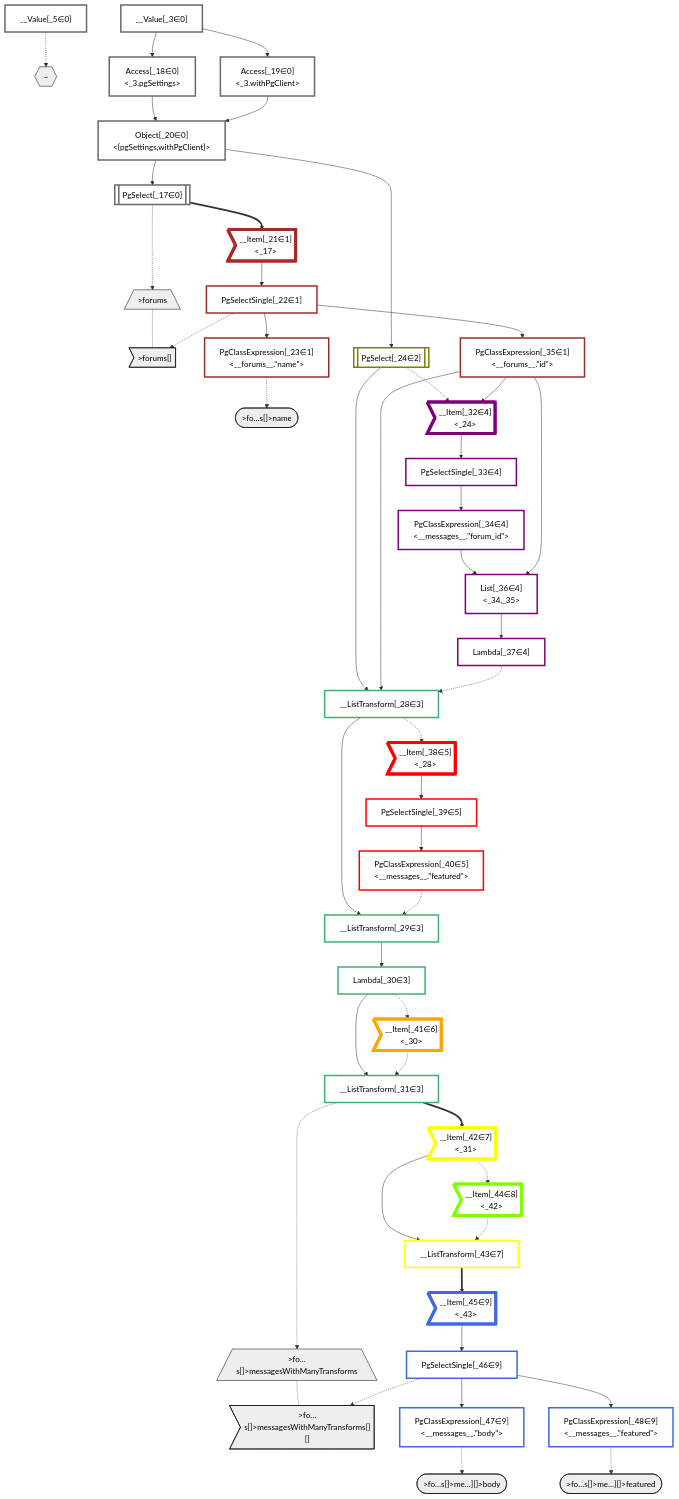
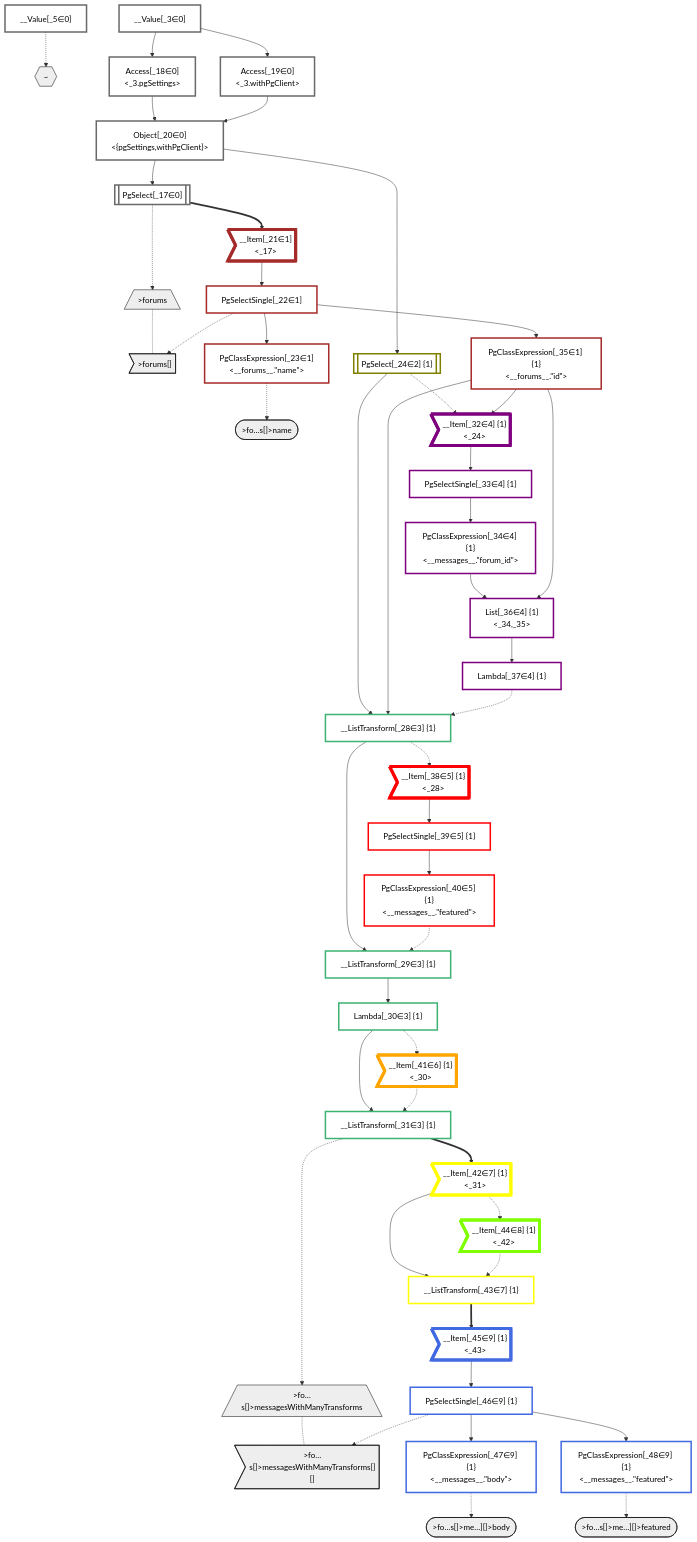
One commit to graphile/crystal changed the diagram in packages/dataplan-pg/__tests__/queries/functions/computed-column-forums-messages-with-many-transforms.defer.deopt.mermaid.md. Above: the diagram before and after it, drawn with Mermaid. The commit also changed 46 other files, not shown here.

Commit message:
Add groupIds to plan graphs

```diff
--- a/packages/dataplan-pg/__tests__/queries/functions/computed-column-forums-messages-with-many-transforms.defer.deopt.mermaid.md
+++ b/packages/dataplan-pg/__tests__/queries/functions/computed-column-forums-messages-with-many-transforms.defer.deopt.mermaid.md
@@ -33,28 +33,28 @@
     __Item_21>"__Item[_21∈1]<br /><_17>"]:::itemplan
     PgSelectSingle_22["PgSelectSingle[_22∈1]<br /><forums>"]:::plan
     PgClassExpression_23["PgClassExpression[_23∈1]<br /><__forums__.#quot;name#quot;>"]:::plan
-    PgSelect_24[["PgSelect[_24∈2]<br /><messages>"]]:::plan
-    __ListTransform_28["__ListTransform[_28∈3]<br /><filter:_24>"]:::plan
-    __ListTransform_29["__ListTransform[_29∈3]<br /><groupBy:_28>"]:::plan
-    Lambda_30["Lambda[_30∈3]"]:::plan
-    __ListTransform_31["__ListTransform[_31∈3]<br /><each:_30>"]:::plan
-    __Item_32>"__Item[_32∈4]<br /><_24>"]:::itemplan
-    PgSelectSingle_33["PgSelectSingle[_33∈4]<br /><messages>"]:::plan
-    PgClassExpression_34["PgClassExpression[_34∈4]<br /><__messages__.#quot;forum_id#quot;>"]:::plan
-    PgClassExpression_35["PgClassExpression[_35∈1]<br /><__forums__.#quot;id#quot;>"]:::plan
-    List_36["List[_36∈4]<br /><_34,_35>"]:::plan
-    Lambda_37["Lambda[_37∈4]"]:::plan
-    __Item_38>"__Item[_38∈5]<br /><_28>"]:::itemplan
-    PgSelectSingle_39["PgSelectSingle[_39∈5]<br /><messages>"]:::plan
-    PgClassExpression_40["PgClassExpression[_40∈5]<br /><__messages__.#quot;featured#quot;>"]:::plan
-    __Item_41>"__Item[_41∈6]<br /><_30>"]:::itemplan
-    __Item_42>"__Item[_42∈7]<br /><_31>"]:::itemplan
-    __ListTransform_43["__ListTransform[_43∈7]<br /><each:_42>"]:::plan
-    __Item_44>"__Item[_44∈8]<br /><_42>"]:::itemplan
-    __Item_45>"__Item[_45∈9]<br /><_43>"]:::itemplan
-    PgSelectSingle_46["PgSelectSingle[_46∈9]<br /><messages>"]:::plan
-    PgClassExpression_47["PgClassExpression[_47∈9]<br /><__messages__.#quot;body#quot;>"]:::plan
-    PgClassExpression_48["PgClassExpression[_48∈9]<br /><__messages__.#quot;featured#quot;>"]:::plan
+    PgSelect_24[["PgSelect[_24∈2] {1}<br /><messages>"]]:::plan
+    __ListTransform_28["__ListTransform[_28∈3] {1}<br /><filter:_24>"]:::plan
+    __ListTransform_29["__ListTransform[_29∈3] {1}<br /><groupBy:_28>"]:::plan
+    Lambda_30["Lambda[_30∈3] {1}"]:::plan
+    __ListTransform_31["__ListTransform[_31∈3] {1}<br /><each:_30>"]:::plan
+    __Item_32>"__Item[_32∈4] {1}<br /><_24>"]:::itemplan
+    PgSelectSingle_33["PgSelectSingle[_33∈4] {1}<br /><messages>"]:::plan
+    PgClassExpression_34["PgClassExpression[_34∈4] {1}<br /><__messages__.#quot;forum_id#quot;>"]:::plan
+    PgClassExpression_35["PgClassExpression[_35∈1] {1}<br /><__forums__.#quot;id#quot;>"]:::plan
+    List_36["List[_36∈4] {1}<br /><_34,_35>"]:::plan
+    Lambda_37["Lambda[_37∈4] {1}"]:::plan
+    __Item_38>"__Item[_38∈5] {1}<br /><_28>"]:::itemplan
+    PgSelectSingle_39["PgSelectSingle[_39∈5] {1}<br /><messages>"]:::plan
+    PgClassExpression_40["PgClassExpression[_40∈5] {1}<br /><__messages__.#quot;featured#quot;>"]:::plan
+    __Item_41>"__Item[_41∈6] {1}<br /><_30>"]:::itemplan
+    __Item_42>"__Item[_42∈7] {1}<br /><_31>"]:::itemplan
+    __ListTransform_43["__ListTransform[_43∈7] {1}<br /><each:_42>"]:::plan
+    __Item_44>"__Item[_44∈8] {1}<br /><_42>"]:::itemplan
+    __Item_45>"__Item[_45∈9] {1}<br /><_43>"]:::itemplan
+    PgSelectSingle_46["PgSelectSingle[_46∈9] {1}<br /><messages>"]:::plan
+    PgClassExpression_47["PgClassExpression[_47∈9] {1}<br /><__messages__.#quot;body#quot;>"]:::plan
+    PgClassExpression_48["PgClassExpression[_48∈9] {1}<br /><__messages__.#quot;featured#quot;>"]:::plan
 
     %% plan dependencies
     Object_20 --> PgSelect_17
```
